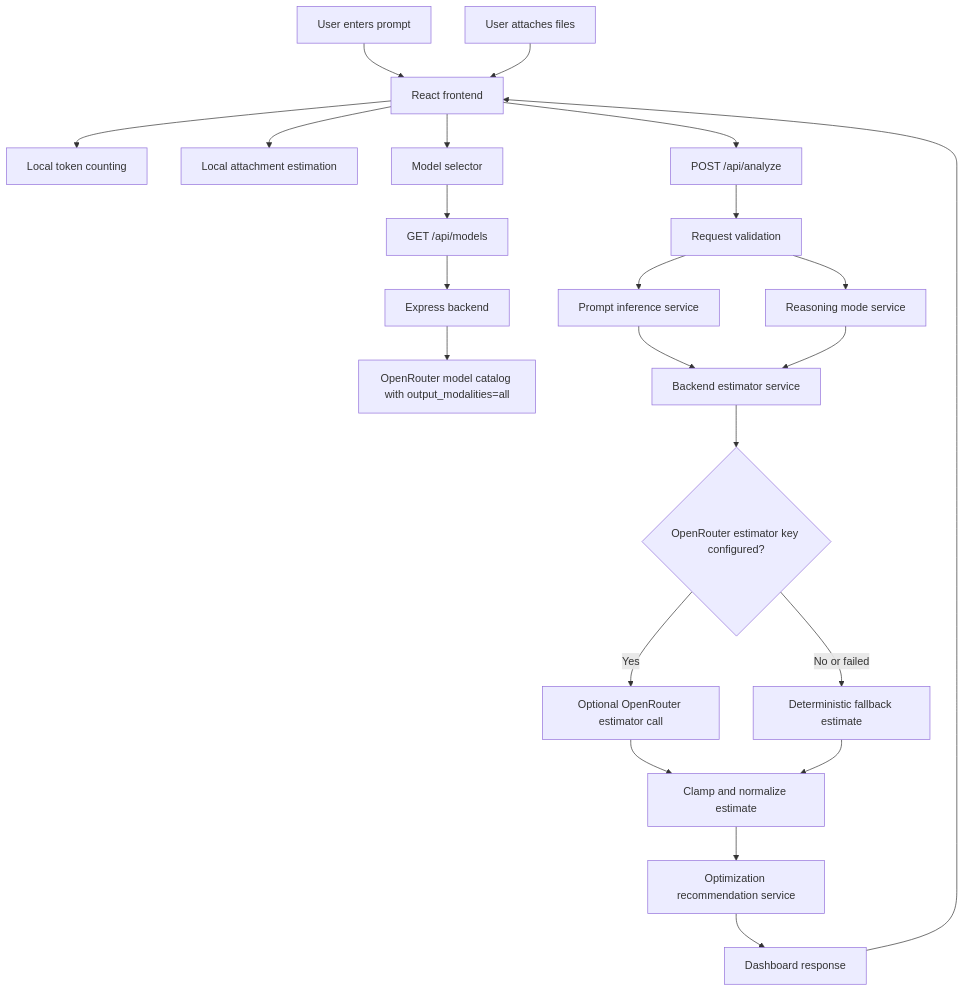
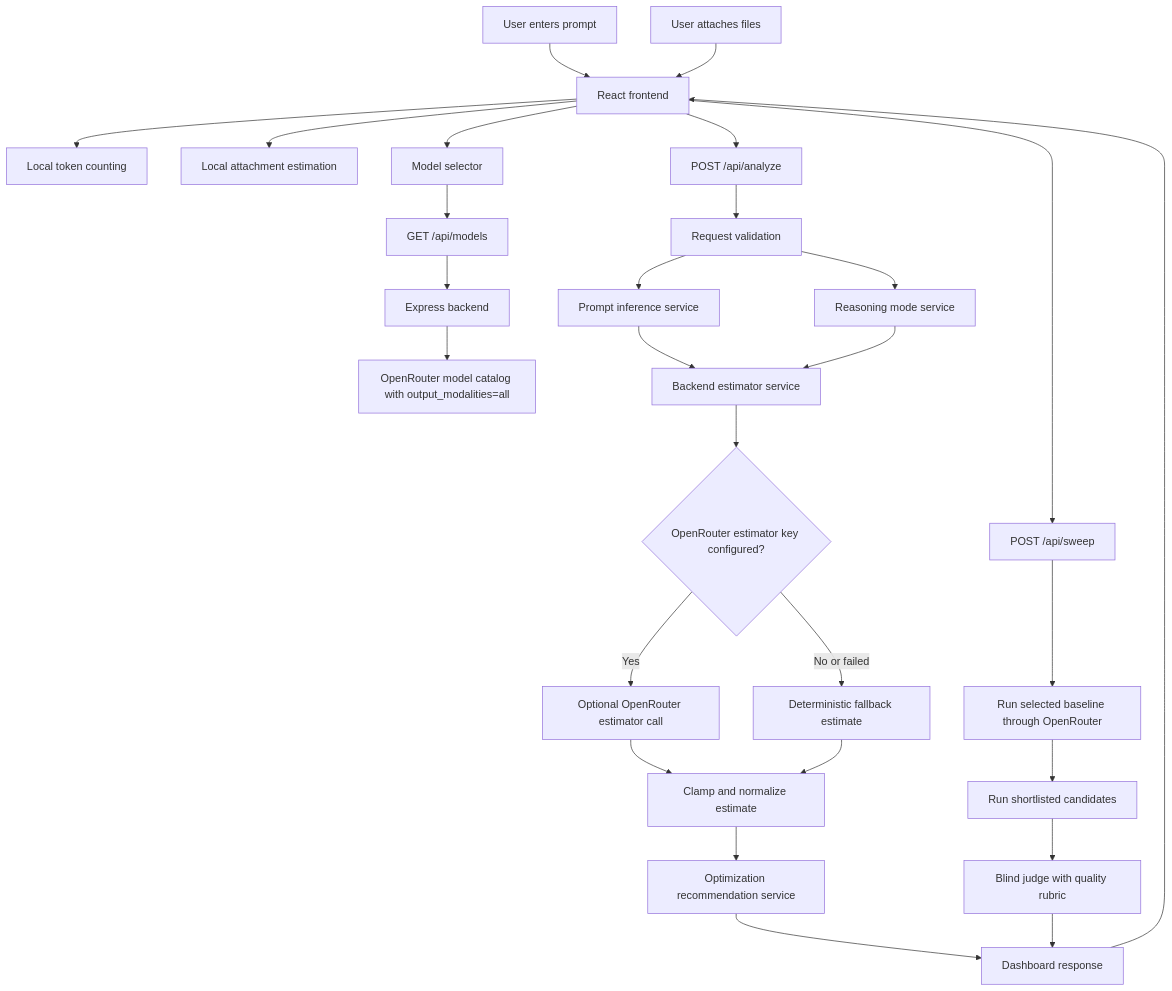
One commit to saurabhpat/token-optimizer changed the diagram in TOKENOPTIMIZER_PRD.md. Above: the diagram before and after it, drawn with Mermaid. The commit also changed other lines of this file and 20 other files, not shown here.

First line of the commit message:
feat: add context window usage, quality sweep, simplified explanations, and documentation updates

````diff
--- a/TOKENOPTIMIZER_PRD.md
+++ b/TOKENOPTIMIZER_PRD.md
@@ -321,25 +328,30 @@
 ```mermaid
 flowchart TD
     A["User enters prompt"] --> B["React frontend"]
     C["User attaches files"] --> B
     B --> D["Local token counting"]
     B --> E["Local attachment estimation"]
     B --> F["Model selector"]
     F --> G["GET /api/models"]
     G --> H["Express backend"]
     H --> I["OpenRouter model catalog with output_modalities=all"]
     B --> J["POST /api/analyze"]
     J --> K["Request validation"]
     K --> L["Prompt inference service"]
     K --> M["Reasoning mode service"]
     L --> N["Backend estimator service"]
     M --> N
     N --> O{"OpenRouter estimator key configured?"}
     O -->|"Yes"| P["Optional OpenRouter estimator call"]
     O -->|"No or failed"| Q["Deterministic fallback estimate"]
     P --> R["Clamp and normalize estimate"]
     Q --> R
     R --> S["Optimization recommendation service"]
     S --> T["Dashboard response"]
     T --> B
+    B --> U["POST /api/sweep"]
+    U --> V["Run selected baseline through OpenRouter"]
+    V --> W["Run shortlisted candidates"]
+    W --> X["Blind judge with quality rubric"]
+    X --> T
 ```
````
